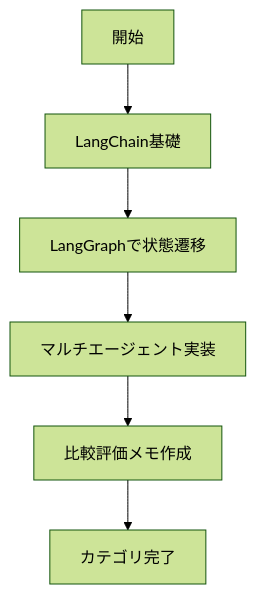
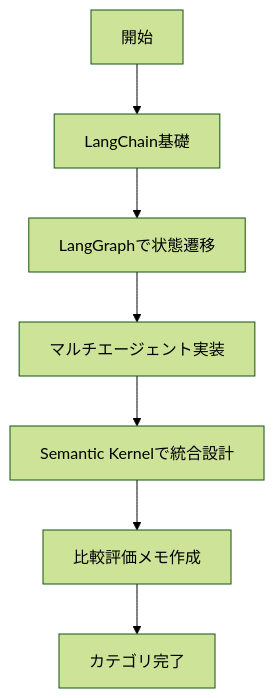
One commit to duwenji/generative-ai-oss-tutorials changed the second of 2 diagrams in docs/01_agent-orchestration/00_README.md. Above: the diagram before and after it, drawn with Mermaid (forest theme). The commit also changed other lines of this file and 11 other files, not shown here.

````diff
--- a/docs/01_agent-orchestration/00_README.md
+++ b/docs/01_agent-orchestration/00_README.md
@@ -26,8 +26,9 @@
 ```mermaid
 flowchart TD
-	S[開始] --> L[LangChain基礎]
-	L --> G[LangGraphで状態遷移]
-	G --> M[マルチエージェント実装]
-	M --> C[比較評価メモ作成]
-	C --> X[カテゴリ完了]
+  S[開始] --> L[LangChain基礎]
+  L --> G[LangGraphで状態遷移]
+  G --> M[マルチエージェント実装]
+  M --> K[Semantic Kernelで統合設計]
+  K --> C[比較評価メモ作成]
+  C --> X[カテゴリ完了]
 ```
````
